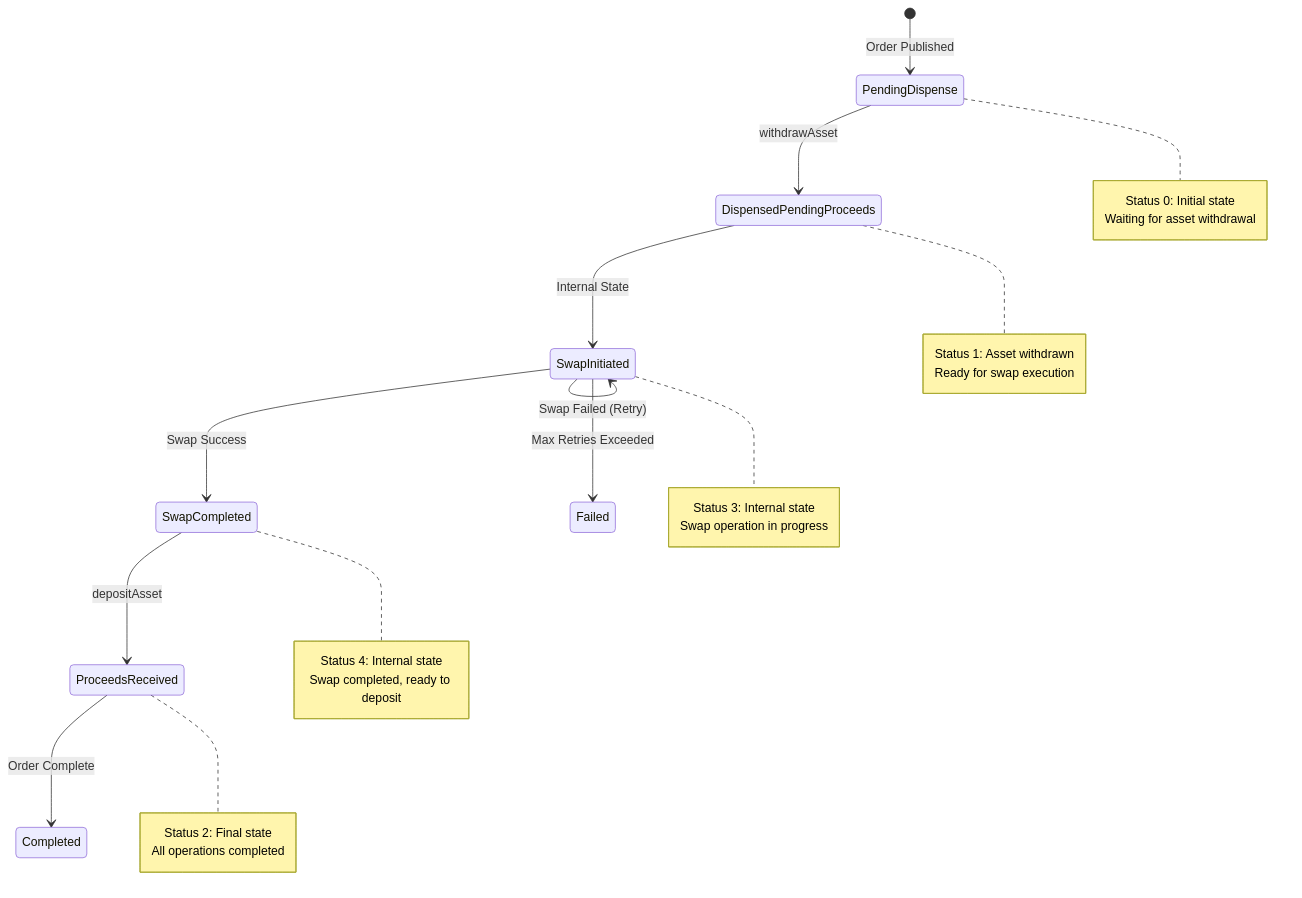
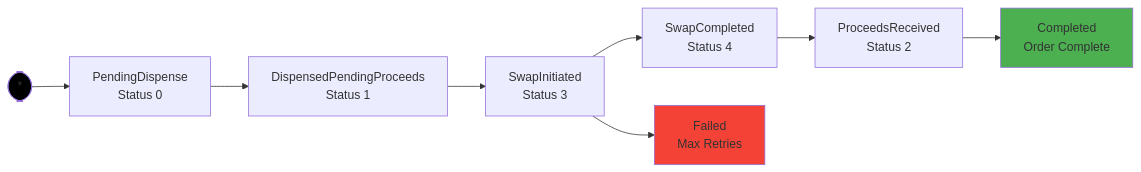
The third of 3 diagrams in agi-solver-architecture.md (Semantic-Layer/svf-42-agi-solver), drawn with Mermaid before and after one commit. The commit also changed other lines of this file, not shown here.

Commit message:
docs: add texts

````diff
--- a/agi-solver-architecture.md
+++ b/agi-solver-architecture.md
@@ -124,39 +134,14 @@
 ```mermaid
-stateDiagram-v2
-    [*] --> PendingDispense: Order Published
+graph LR
+    Start([*]) --> PendingDispense[PendingDispense<br/>Status 0]
+    PendingDispense --> DispensedPendingProceeds[DispensedPendingProceeds<br/>Status 1]
+    DispensedPendingProceeds --> SwapInitiated[SwapInitiated<br/>Status 3]
+    SwapInitiated --> SwapCompleted[SwapCompleted<br/>Status 4]
+    SwapInitiated --> Failed[Failed<br/>Max Retries]
+    SwapCompleted --> ProceedsReceived[ProceedsReceived<br/>Status 2]
+    ProceedsReceived --> Completed[Completed<br/>Order Complete]
 
-    PendingDispense --> DispensedPendingProceeds: withdrawAsset
-    DispensedPendingProceeds --> SwapInitiated: Internal State
-
-    SwapInitiated --> SwapCompleted: Swap Success
-    SwapInitiated --> SwapInitiated: Swap Failed (Retry)
-    SwapInitiated --> Failed: Max Retries Exceeded
-
-    SwapCompleted --> ProceedsReceived: depositAsset
-    ProceedsReceived --> Completed: Order Complete
-
-    note right of PendingDispense
-        Status 0: Initial state
-        Waiting for asset withdrawal
-    end note
-
-    note right of DispensedPendingProceeds
-        Status 1: Asset withdrawn
-        Ready for swap execution
-    end note
-
-    note right of SwapInitiated
-        Status 3: Internal state
-        Swap operation in progress
-    end note
-
-    note right of SwapCompleted
-        Status 4: Internal state
-        Swap completed, ready to deposit
-    end note
-
-    note right of ProceedsReceived
-        Status 2: Final state
-        All operations completed
-    end note
+    style Start fill:#000
+    style Completed fill:#4CAF50
+    style Failed fill:#f44336
 ```
````
